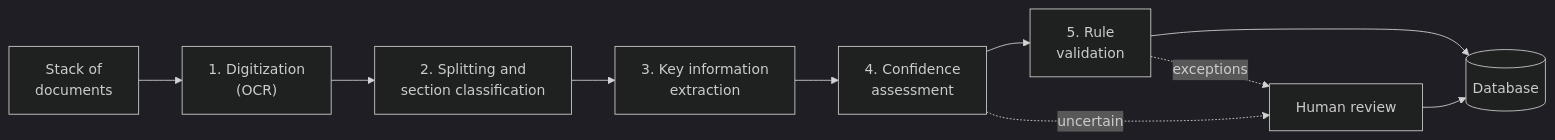
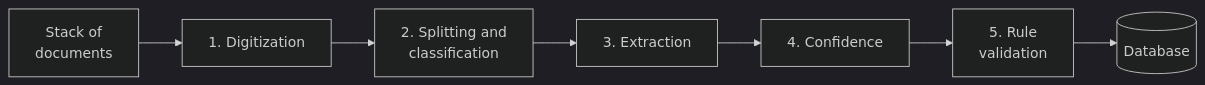
The diagram in docs/idp-fundamentals/index.md (aws-solutions-library-samples/accelerated-intelligent-document-processing-on-aws), drawn with Mermaid (dark theme) before and after one commit. The commit also changed other lines of this file and 7 other files, not shown here.

````diff
--- a/docs/idp-fundamentals/index.md
+++ b/docs/idp-fundamentals/index.md
@@ -21,12 +22,9 @@
 ```mermaid
 flowchart LR
-    I["Stack of<br/>documents"] --> D["1. Digitization<br/>(OCR)"]
-    D --> S["2. Splitting and<br/>section classification"]
-    S --> X["3. Key information<br/>extraction"]
-    X --> Q["4. Confidence<br/>assessment"]
+    I["Stack of<br/>documents"] --> D["1. Digitization"]
+    D --> S["2. Splitting and<br/>classification"]
+    S --> X["3. Extraction"]
+    X --> Q["4. Confidence"]
     Q --> V["5. Rule<br/>validation"]
     V --> O[("Database")]
-    Q -. uncertain .-> H[Human review]
-    V -. exceptions .-> H
-    H --> O
 ```
````
